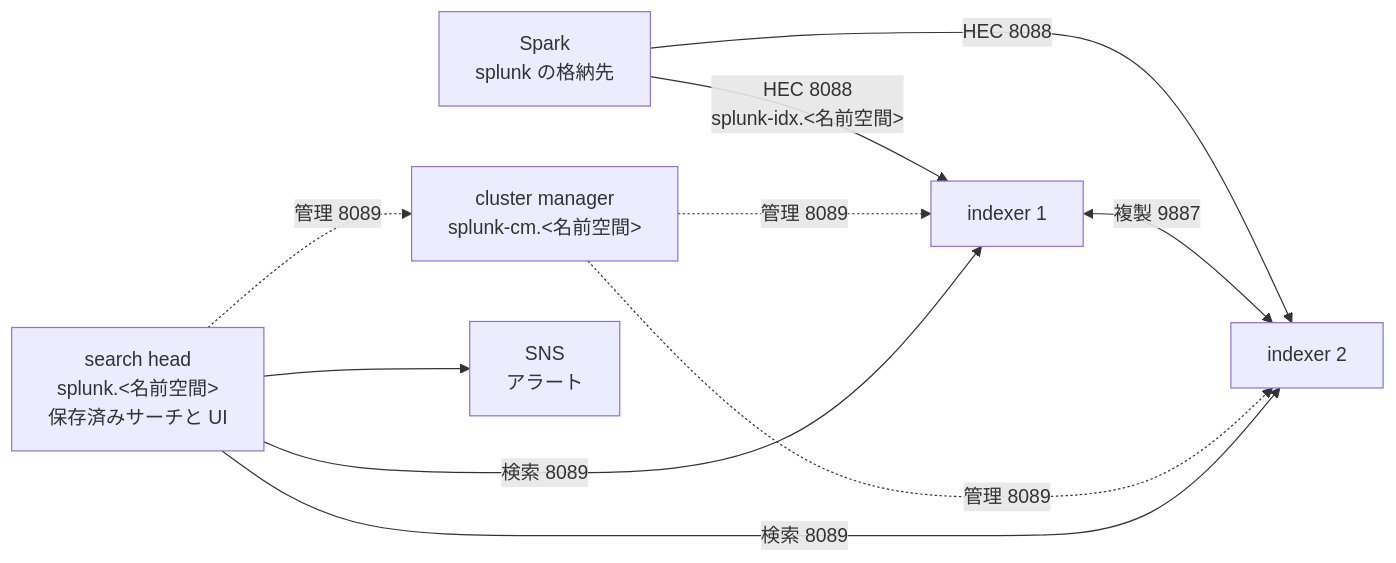
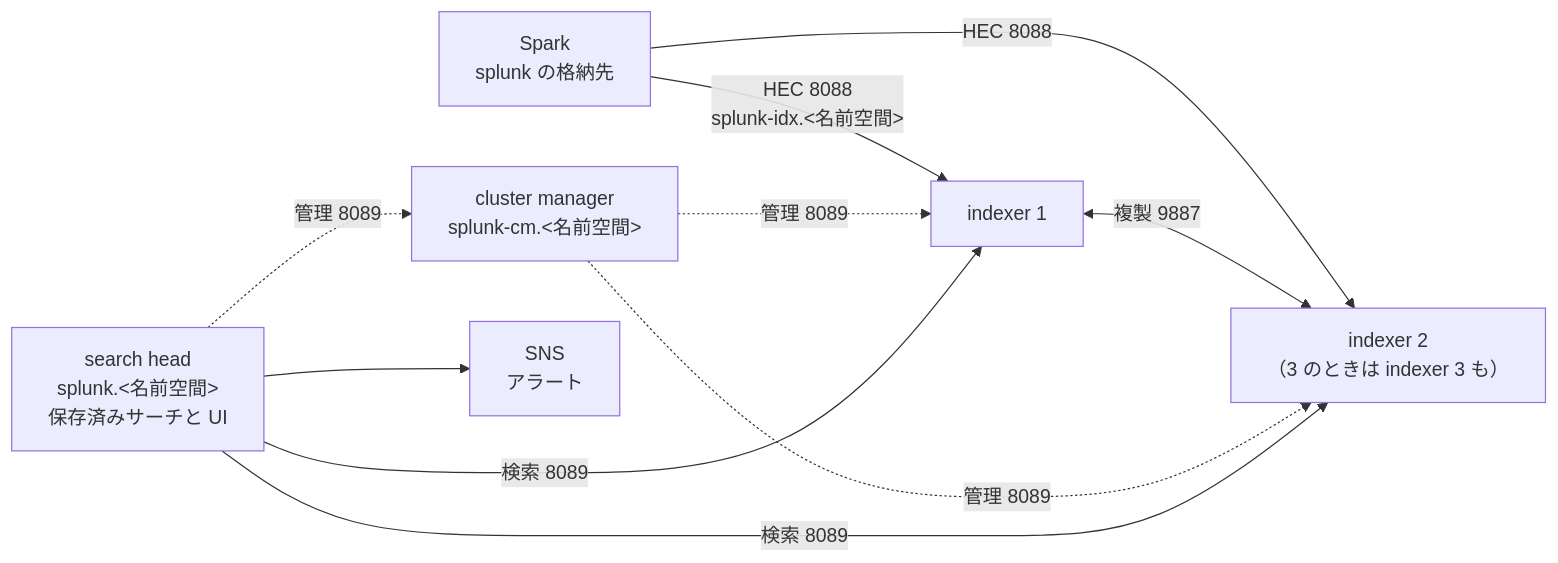
One commit to eddie-eights/nwc-poc changed the diagram in docs/cycles/004-splunk-indexer-cluster/design.md. Above: the diagram before and after it, drawn with Mermaid. The commit also changed other lines of this file and 1 other file, not shown here.

Commit message:
cycle 004 の設計を SPLUNK_AZ_NUM（1 / 2 / 3）の形に直した（indexer を AZ ごとに 1 台、SPLUNK_CLUSTER は作らない）

````diff
--- a/docs/cycles/004-splunk-indexer-cluster/design.md
+++ b/docs/cycles/004-splunk-indexer-cluster/design.md
@@ -25,12 +47,12 @@
 ```mermaid
 flowchart LR
   Spark["Spark<br/>splunk の格納先"] -->|"HEC 8088<br/>splunk-idx.<名前空間>"| I1["indexer 1"]
-  Spark -->|HEC 8088| I2["indexer 2"]
+  Spark -->|HEC 8088| I2["indexer 2<br/>（3 のときは indexer 3 も）"]
   I1 <-->|"複製 9887"| I2
   M["cluster manager<br/>splunk-cm.<名前空間>"] -.->|"管理 8089"| I1
   M -.->|"管理 8089"| I2
   SH["search head<br/>splunk.<名前空間><br/>保存済みサーチと UI"] -->|"検索 8089"| I1
   SH -->|"検索 8089"| I2
   SH -.->|"管理 8089"| M
   SH --> SNS["SNS<br/>アラート"]
 ```
````
